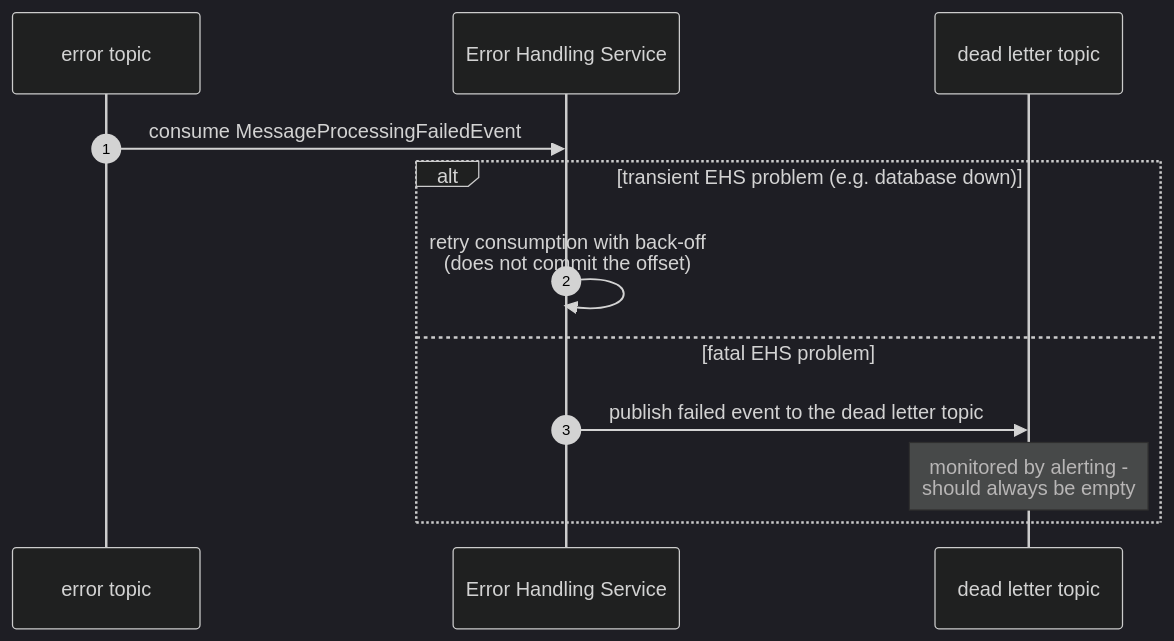
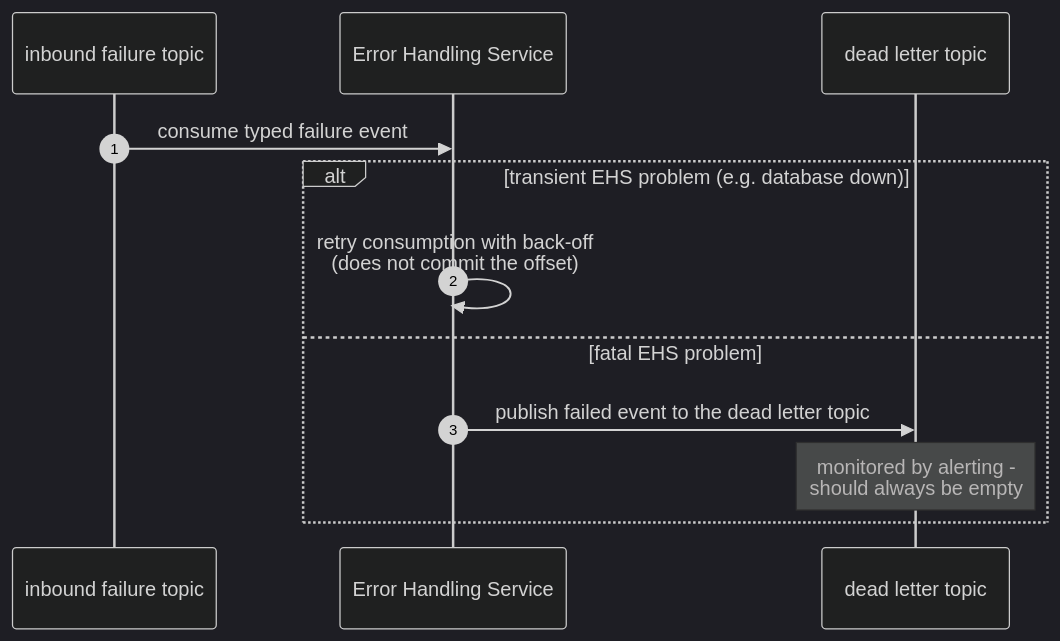
Before and after one commit to jeap-admin-ch/jeap-error-handling: the fifth of 5 diagrams in docs/message-flows.md, drawn with Mermaid (dark theme). The commit also changed other lines of this file and 16 other files, not shown here.

````diff
--- a/docs/message-flows.md
+++ b/docs/message-flows.md
@@ -157,15 +171,15 @@
 ```mermaid
 sequenceDiagram
     autonumber
-    participant ErrorTopic as error topic
+    participant FailureTopic as inbound failure topic
     participant EHS as Error Handling Service
     participant DLT as dead letter topic
 
-    ErrorTopic->>EHS: consume MessageProcessingFailedEvent
+    FailureTopic->>EHS: consume typed failure event
     alt transient EHS problem (e.g. database down)
         EHS->>EHS: retry consumption with back-off<br/>(does not commit the offset)
     else fatal EHS problem
         EHS->>DLT: publish failed event to the dead letter topic
         Note over DLT: monitored by alerting -<br/>should always be empty
     end
 ```
````
